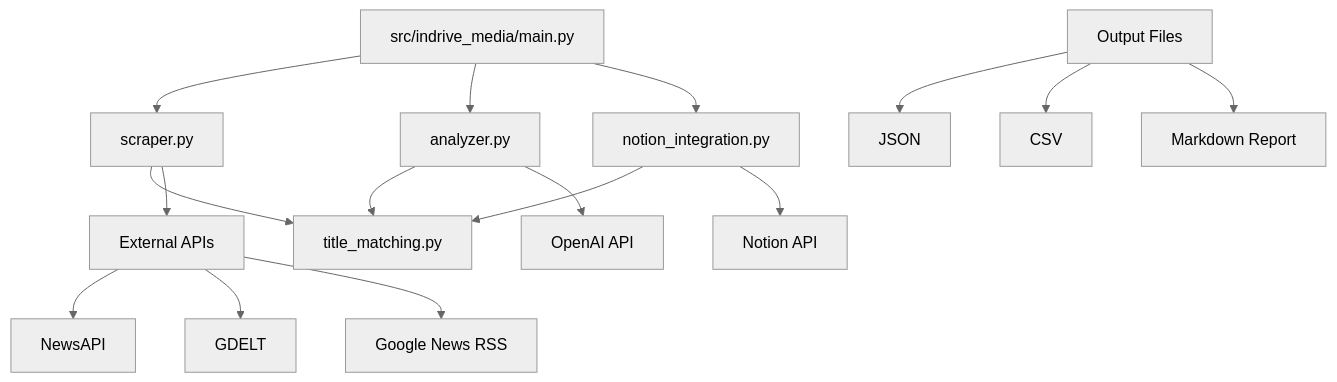
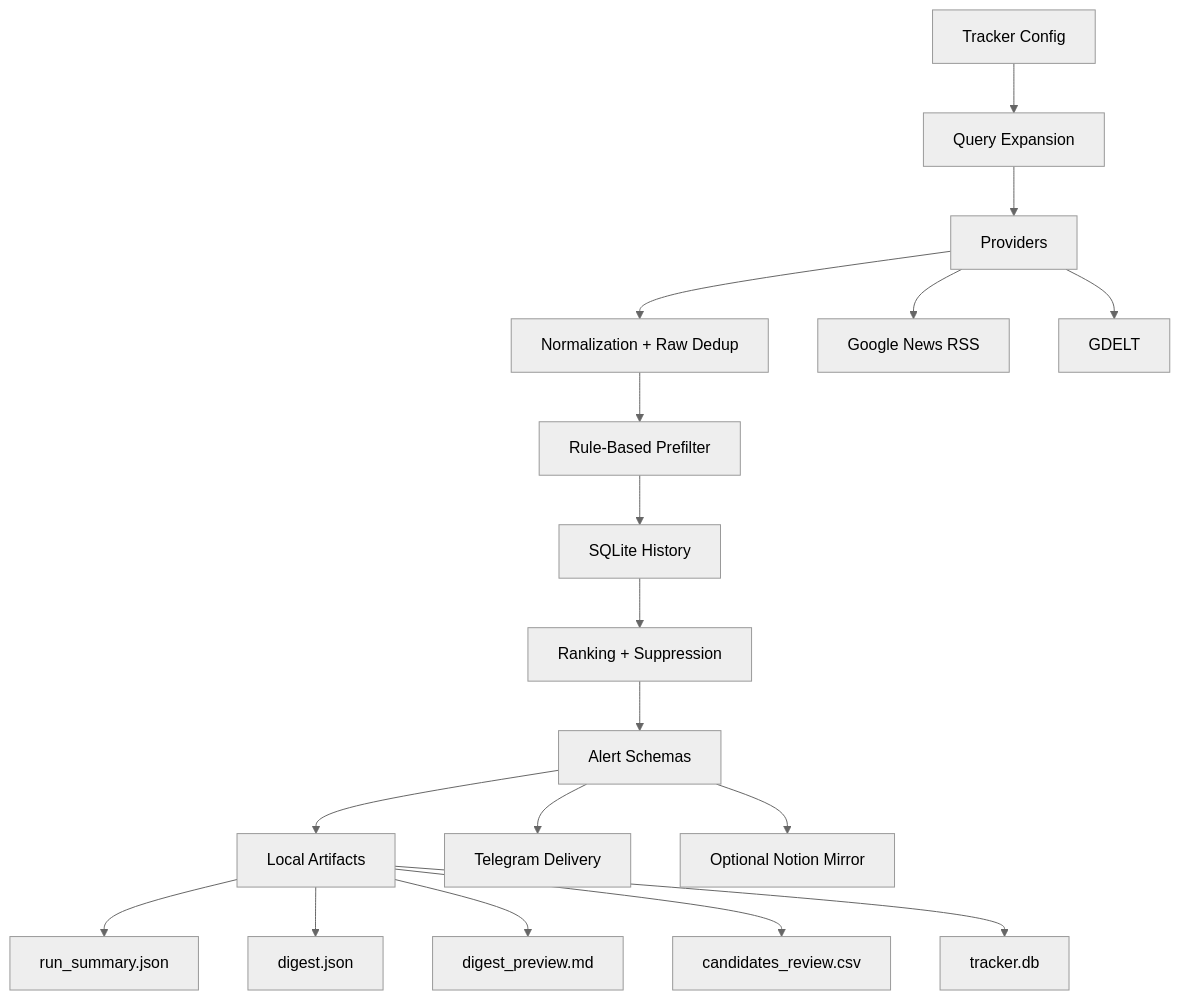
Before and after one commit to avorash11-maker/indrive_feedback: the diagram in docs/architecture.md, drawn with Mermaid (neutral theme). The commit also changed other lines of this file and 12 other files, not shown here.

Commit message:
refine competitor tracker MVP with LLM alert enrichment, article context, config scope, and docs

````diff
--- a/docs/architecture.md
+++ b/docs/architecture.md
@@ -12,22 +51,22 @@
 ```mermaid
 graph TD
-    A[src/indrive_media/main.py] --> B[scraper.py]
-    A --> C[analyzer.py]
-    A --> D[notion_integration.py]
+    A[Tracker Config] --> B[Query Expansion]
+    B --> C[Providers]
+    C --> D[Normalization + Raw Dedup]
+    D --> E[Rule-Based Prefilter]
+    E --> F[SQLite History]
+    F --> G[Ranking + Suppression]
+    G --> H[Alert Schemas]
+    H --> I[Local Artifacts]
+    H --> J[Telegram Delivery]
+    H --> K[Optional Notion Mirror]
 
-    B --> E[title_matching.py]
-    C --> E
-    D --> E
+    C --> C1[Google News RSS]
+    C --> C2[GDELT]
 
-    B --> F[External APIs]
-    C --> G[OpenAI API]
-    D --> H[Notion API]
-
-    F --> I[NewsAPI]
-    F --> J[GDELT]
-    F --> K[Google News RSS]
-
-    L[Output Files] --> M[JSON]
-    L --> N[CSV]
-    L --> O[Markdown Report]
+    I --> I1[run_summary.json]
+    I --> I2[digest.json]
+    I --> I3[digest_preview.md]
+    I --> I4[candidates_review.csv]
+    I --> I5[tracker.db]
 ```
````
